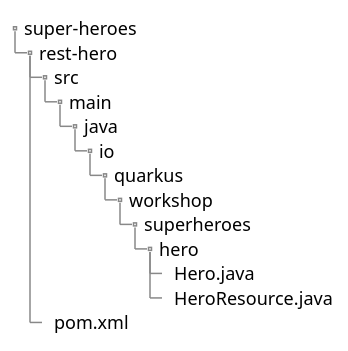
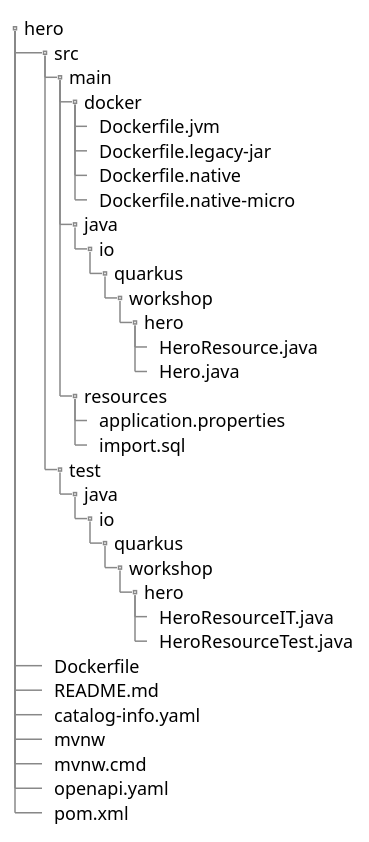
One commit to cescoffier/quarkus-openshift-workshop changed the diagram in docs/docs/diagrams/hero-transaction-orm-directory-structure.puml. Above: the diagram before and after it, drawn with PlantUML. The commit also changed 7 other files, not shown here.

```diff
--- a/docs/docs/diagrams/hero-transaction-orm-directory-structure.puml
+++ b/docs/docs/diagrams/hero-transaction-orm-directory-structure.puml
@@ -1,20 +1,40 @@
 @startsalt
 {
 {
 T
-super-heroes
-+  rest-hero
+hero
 ++  src
 +++  main
+++++  docker
++++++  Dockerfile.jvm
++++++  Dockerfile.legacy-jar
++++++  Dockerfile.native
++++++  Dockerfile.native-micro
 ++++  java
 +++++  io
 ++++++  quarkus
 +++++++  workshop
-++++++++  superheroes
-+++++++++  hero
-++++++++++  Hero.java
-++++++++++  HeroResource.java
-++  pom.xml
+++++++++  hero
++++++++++  HeroResource.java
++++++++++  Hero.java
+++++  resources
++++++  application.properties
++++++  import.sql
++++  test
+++++  java
++++++  io
+++++++  quarkus
++++++++  workshop
+++++++++  hero
++++++++++  HeroResourceIT.java
++++++++++  HeroResourceTest.java
+++ Dockerfile
+++ README.md
+++ catalog-info.yaml
+++ mvnw
+++ mvnw.cmd
+++ openapi.yaml
+++ pom.xml
 }
 }
 @endsalt
```
